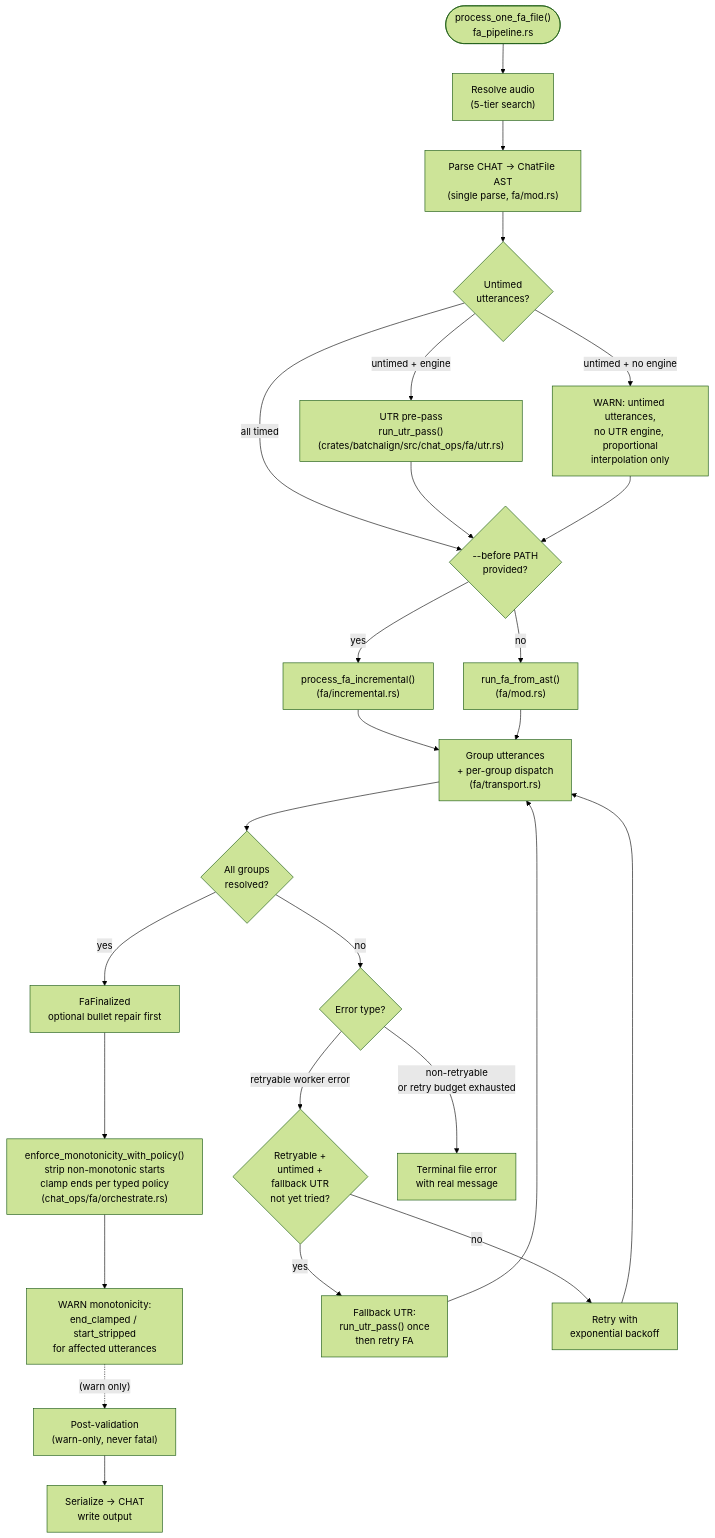
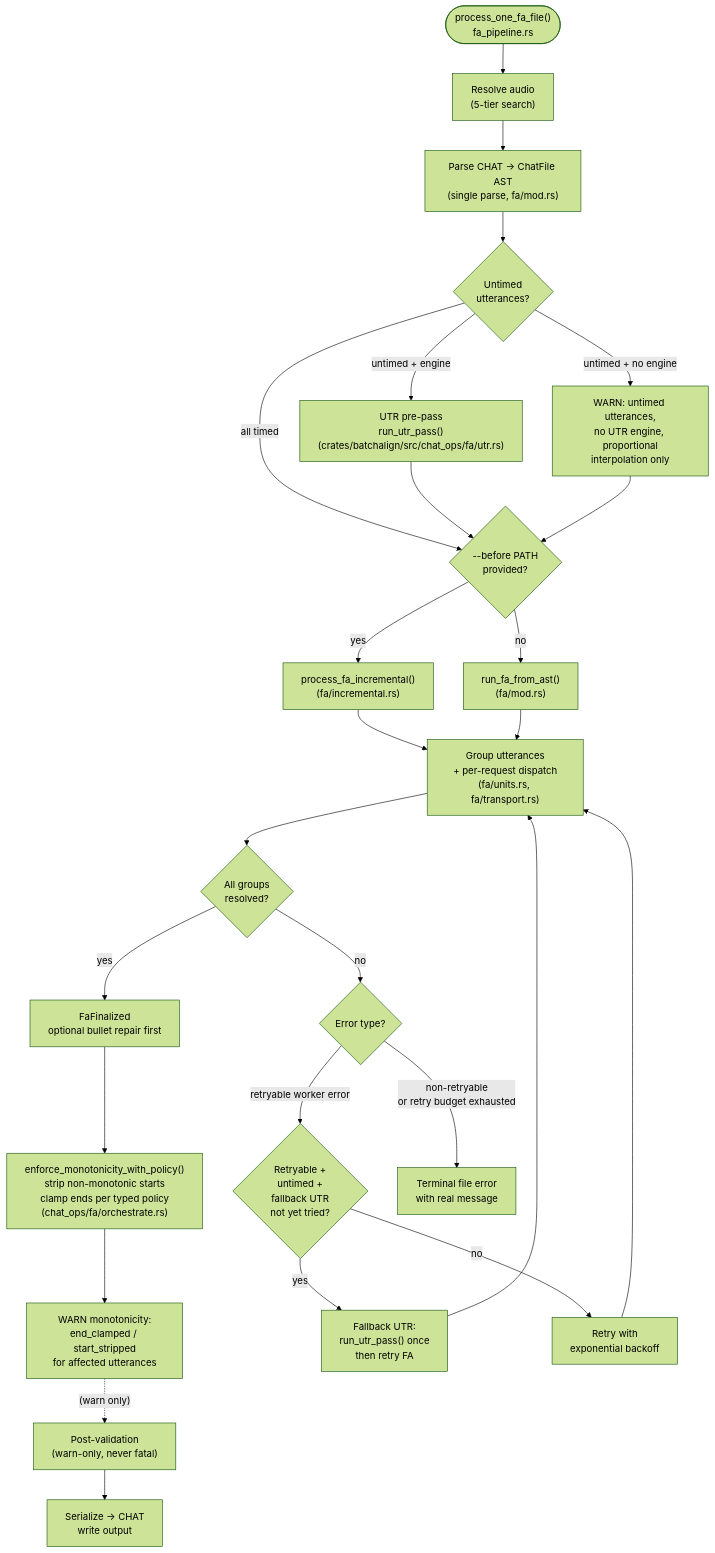
One commit to FranklinChen/talkbank-tools changed the eighth of 15 diagrams in book/src/batchalign/reference/forced-alignment.md. Above: the diagram before and after it, drawn with Mermaid (forest theme). The commit also changed other lines of this file and 33 other files, not shown here.

````diff
--- a/book/src/batchalign/reference/forced-alignment.md
+++ b/book/src/batchalign/reference/forced-alignment.md
@@ -538,39 +628,39 @@
 ```mermaid
 flowchart TD
     start(["process_one_fa_file()\nfa_pipeline.rs"])
     media["Resolve audio\n(5-tier search)"]
     parse["Parse CHAT → ChatFile AST\n(single parse, fa/mod.rs)"]
     utr_check{"Untimed\nutterances?"}
     utr_run["UTR pre-pass\nrun_utr_pass()\n(crates/batchalign/src/chat_ops/fa/utr.rs)"]
     utr_warn["WARN: untimed utterances,\nno UTR engine, proportional\ninterpolation only"]
     incremental{"--before PATH\nprovided?"}
     fa_full["run_fa_from_ast()\n(fa/mod.rs)"]
     fa_inc["process_fa_incremental()\n(fa/incremental.rs)"]
-    fa_groups["Group utterances\n+ per-group dispatch\n(fa/transport.rs)"]
+    fa_groups["Group utterances\n+ per-request dispatch\n(fa/units.rs, fa/transport.rs)"]
     fa_ok{"All groups\nresolved?"}
     finalize["FaFinalized\noptional bullet repair first"]
     mono["enforce_monotonicity_with_policy()\nstrip non-monotonic starts\nclamp ends per typed policy\n(chat_ops/fa/orchestrate.rs)"]
     mono_warn["WARN monotonicity:\nend_clamped / start_stripped\nfor affected utterances"]
     post_val["Post-validation\n(warn-only, never fatal)"]
     out["Serialize → CHAT\nwrite output"]
     fa_err{"Error type?"}
     utr_fallback{"Retryable +\nuntimed +\nfallback UTR\nnot yet tried?"}
     utr_fb["Fallback UTR:\nrun_utr_pass() once\nthen retry FA"]
     backoff["Retry with\nexponential backoff"]
     terminal["Terminal file error\nwith real message"]
 
     start --> media --> parse --> utr_check
     utr_check -->|"all timed"| incremental
     utr_check -->|"untimed + engine"| utr_run --> incremental
     utr_check -->|"untimed + no engine"| utr_warn --> incremental
     incremental -->|"yes"| fa_inc --> fa_groups
     incremental -->|"no"| fa_full --> fa_groups
     fa_groups --> fa_ok
     fa_ok -->|"yes"| finalize --> mono
     mono --> mono_warn -.->|"(warn only)"| post_val --> out
     fa_ok -->|"no"| fa_err
     fa_err -->|"retryable worker error"| utr_fallback
     utr_fallback -->|"yes"| utr_fb --> fa_groups
     utr_fallback -->|"no"| backoff --> fa_groups
     fa_err -->|"non-retryable\nor retry budget exhausted"| terminal
 ```
````
